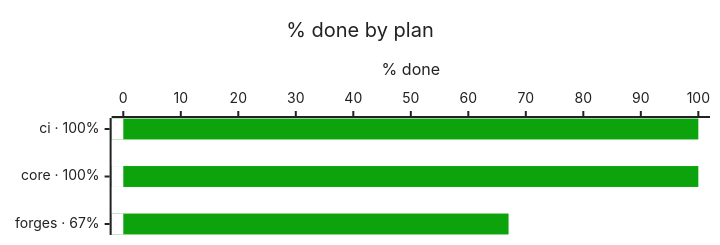
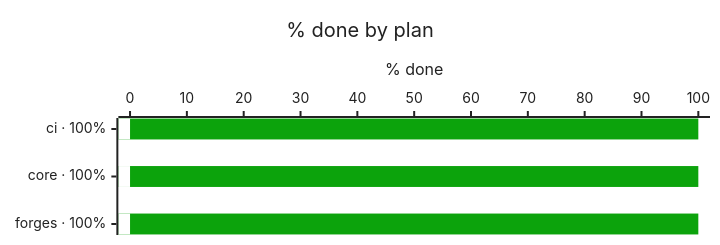
One commit to bvraghav/pmtrack changed the third of 5 diagrams in README.md. Above: the diagram before and after it, drawn with Mermaid. The commit also changed other lines of this file and 4 other files, not shown here.

````diff
--- a/README.md
+++ b/README.md
@@ -32,9 +30,9 @@
 ```mermaid
 %%{init: {"themeVariables": {"xyChart": {"backgroundColor": "#ffffff", "titleColor": "#222222", "plotColorPalette": "#0ca30c,#ffffff", "xAxisLabelColor": "#222222", "xAxisTitleColor": "#222222", "xAxisTickColor": "#222222", "xAxisLineColor": "#222222", "yAxisLabelColor": "#222222", "yAxisTitleColor": "#222222", "yAxisTickColor": "#222222", "yAxisLineColor": "#222222"}}, "xyChart": {"height": 225}}}%%
 xychart-beta horizontal
   title "% done by plan"
-  x-axis ["ci · 100%", "core · 100%", "forges · 67%"]
+  x-axis ["ci · 100%", "core · 100%", "forges · 100%"]
   y-axis "% done" 0 --> 100
-  bar [100, 100, 67]
+  bar [100, 100, 100]
   bar [0, 0, 0]
 ```
````
